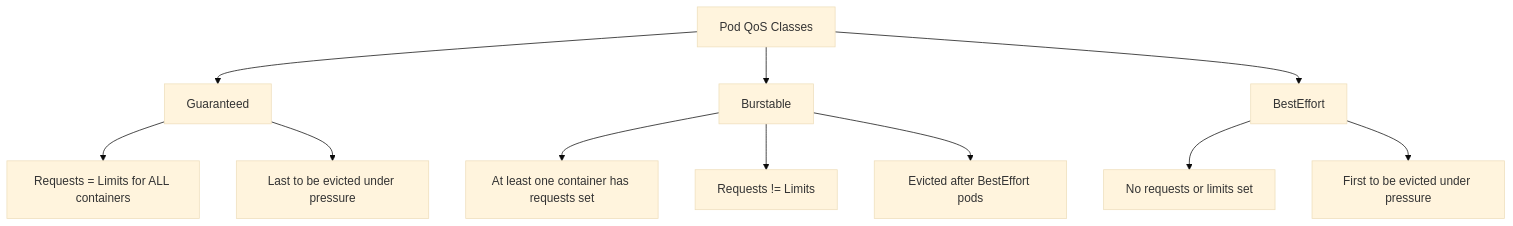
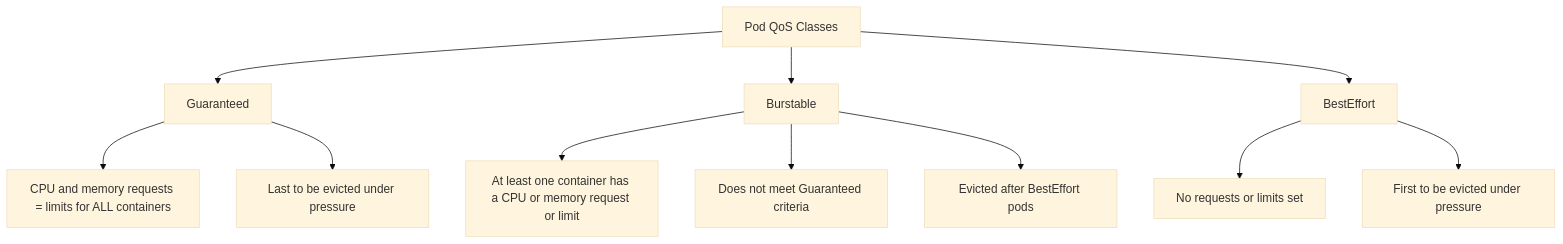
One commit to OneUptime/blog changed the third of 4 diagrams in posts/2026-02-20-kubernetes-resource-requests-limits/README.md. Above: the diagram before and after it, drawn with Mermaid (base theme). The commit also changed other lines of this file and 2 other files, not shown here.

Commit message:
validate: 2026-02-20-kubernetes-resource-requests-limits

````diff
--- a/posts/2026-02-20-kubernetes-resource-requests-limits/README.md
+++ b/posts/2026-02-20-kubernetes-resource-requests-limits/README.md
@@ -102,13 +103,13 @@
 ```mermaid
 flowchart TD
     A[Pod QoS Classes] --> B[Guaranteed]
     A --> C[Burstable]
     A --> D[BestEffort]
-    B --> B1[Requests = Limits for ALL containers]
+    B --> B1[CPU and memory requests = limits for ALL containers]
     B --> B2[Last to be evicted under pressure]
-    C --> C1[At least one container has requests set]
-    C --> C2[Requests != Limits]
+    C --> C1[At least one container has a CPU or memory request or limit]
+    C --> C2[Does not meet Guaranteed criteria]
     C --> C3[Evicted after BestEffort pods]
     D --> D1[No requests or limits set]
     D --> D2[First to be evicted under pressure]
 ```
````
